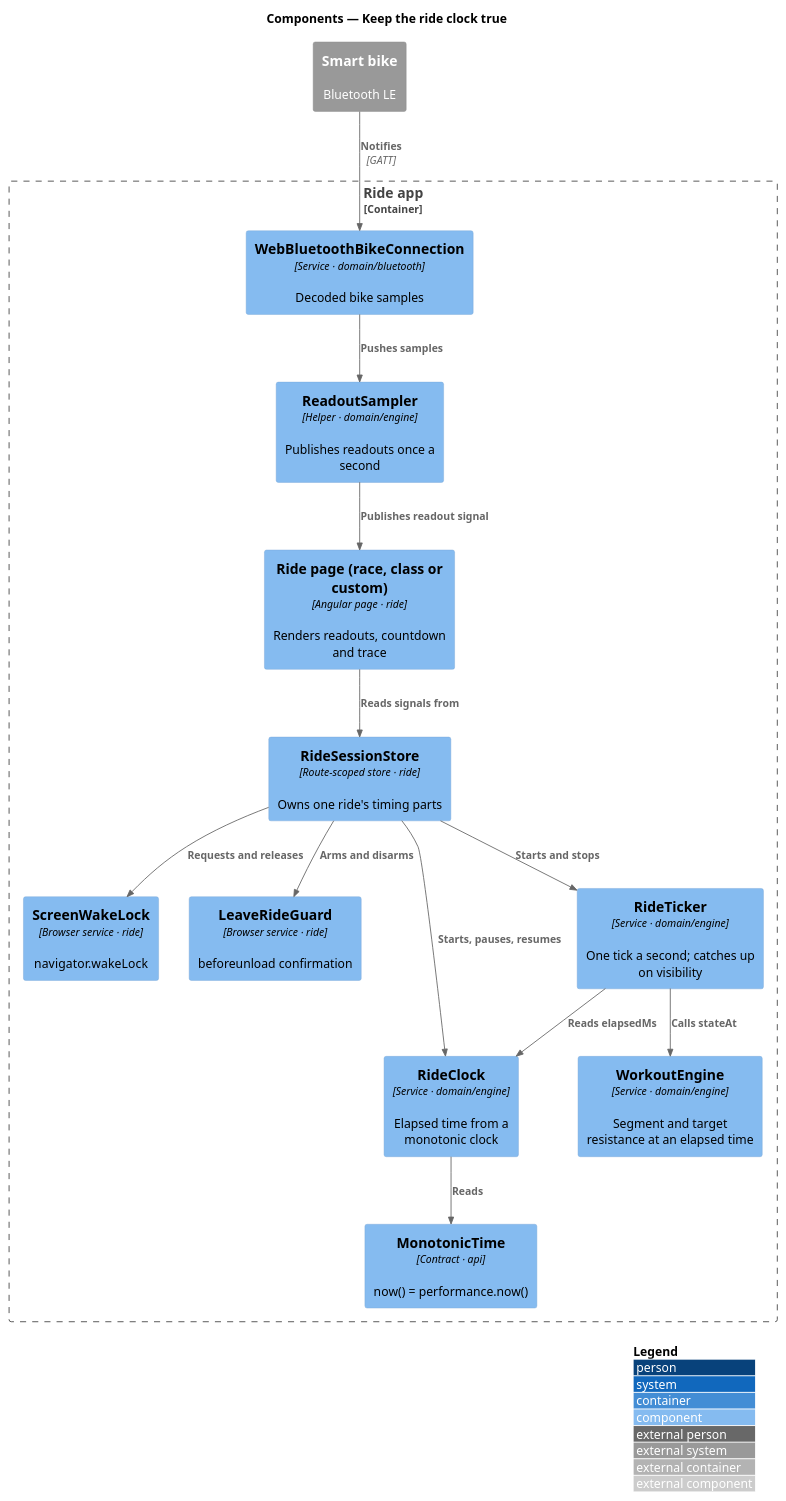
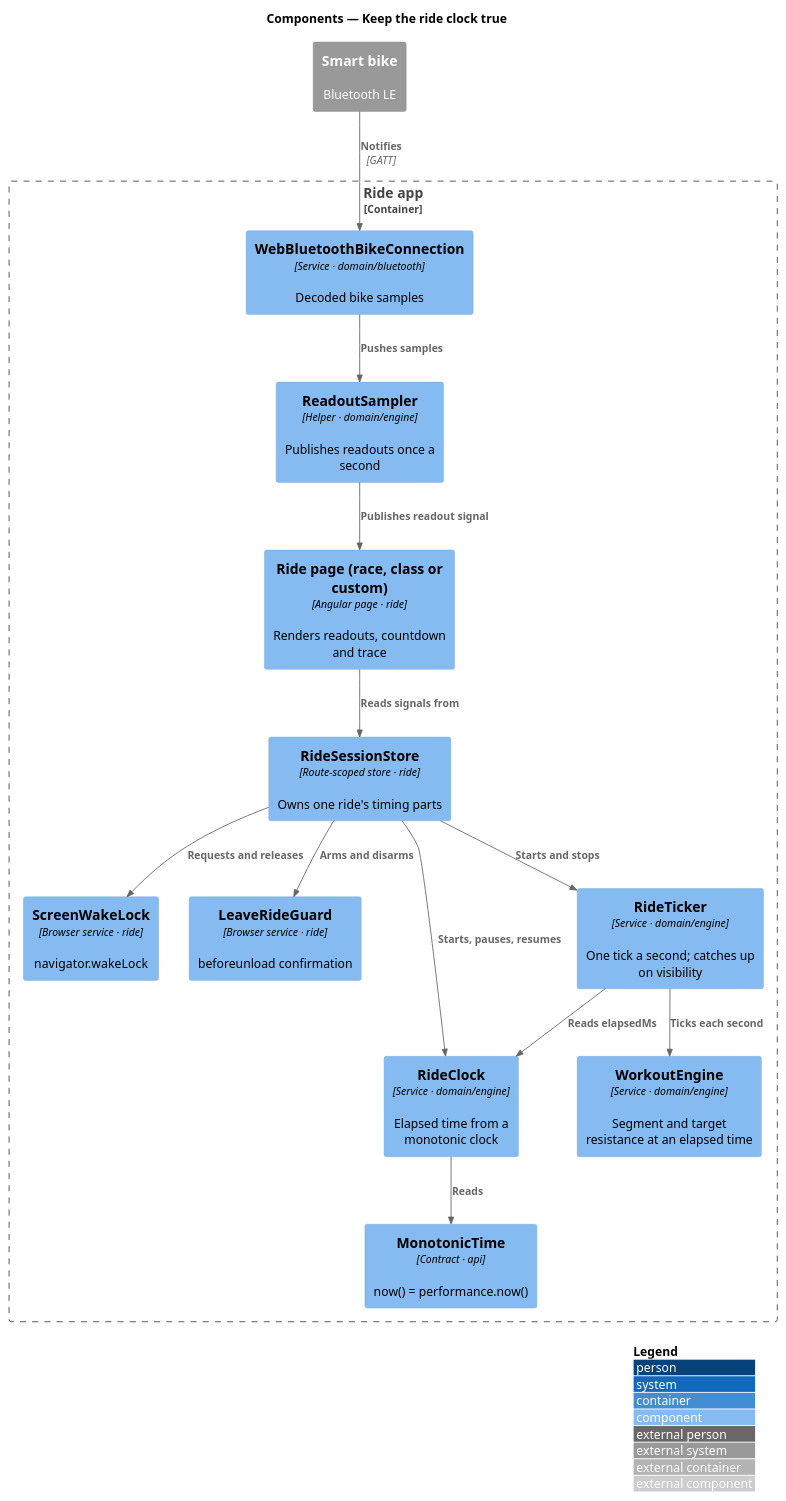
One commit to QuinntyneBrown/ride-one changed the diagram in docs/detailed-designs/performance/keep-the-ride-clock-true/diagrams/c4-component.puml. Above: the diagram before and after it, drawn with PlantUML. The commit also changed 17 other files, not shown here.

```diff
--- a/docs/detailed-designs/performance/keep-the-ride-clock-true/diagrams/c4-component.puml
+++ b/docs/detailed-designs/performance/keep-the-ride-clock-true/diagrams/c4-component.puml
@@ -1,30 +1,30 @@
 @startuml
 !include <C4/C4_Component>
 LAYOUT_WITH_LEGEND()
 title Components — Keep the ride clock true
 
 System_Ext(bike, "Smart bike", "Bluetooth LE")
 Container_Boundary(app, "Ride app") {
   Component(page, "Ride page (race, class or custom)", "Angular page · ride", "Renders readouts, countdown and trace")
   Component(store, "RideSessionStore", "Route-scoped store · ride", "Owns one ride's timing parts")
   Component(wake, "ScreenWakeLock", "Browser service · ride", "navigator.wakeLock")
   Component(guard, "LeaveRideGuard", "Browser service · ride", "beforeunload confirmation")
   Component(clock, "RideClock", "Service · domain/engine", "Elapsed time from a monotonic clock")
   Component(ticker, "RideTicker", "Service · domain/engine", "One tick a second; catches up on visibility")
   Component(engine, "WorkoutEngine", "Service · domain/engine", "Segment and target resistance at an elapsed time")
   Component(sampler, "ReadoutSampler", "Helper · domain/engine", "Publishes readouts once a second")
   Component(conn, "WebBluetoothBikeConnection", "Service · domain/bluetooth", "Decoded bike samples")
   Component(time, "MonotonicTime", "Contract · api", "now() = performance.now()")
 }
 Rel(bike, conn, "Notifies", "GATT")
 Rel(page, store, "Reads signals from")
 Rel(store, clock, "Starts, pauses, resumes")
 Rel(store, ticker, "Starts and stops")
 Rel(store, wake, "Requests and releases")
 Rel(store, guard, "Arms and disarms")
 Rel(clock, time, "Reads")
 Rel(ticker, clock, "Reads elapsedMs")
-Rel(ticker, engine, "Calls stateAt")
+Rel(ticker, engine, "Ticks each second")
 Rel(conn, sampler, "Pushes samples")
 Rel(sampler, page, "Publishes readout signal")
 @enduml
```
